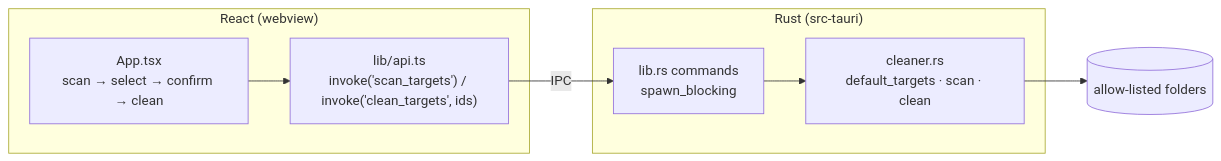
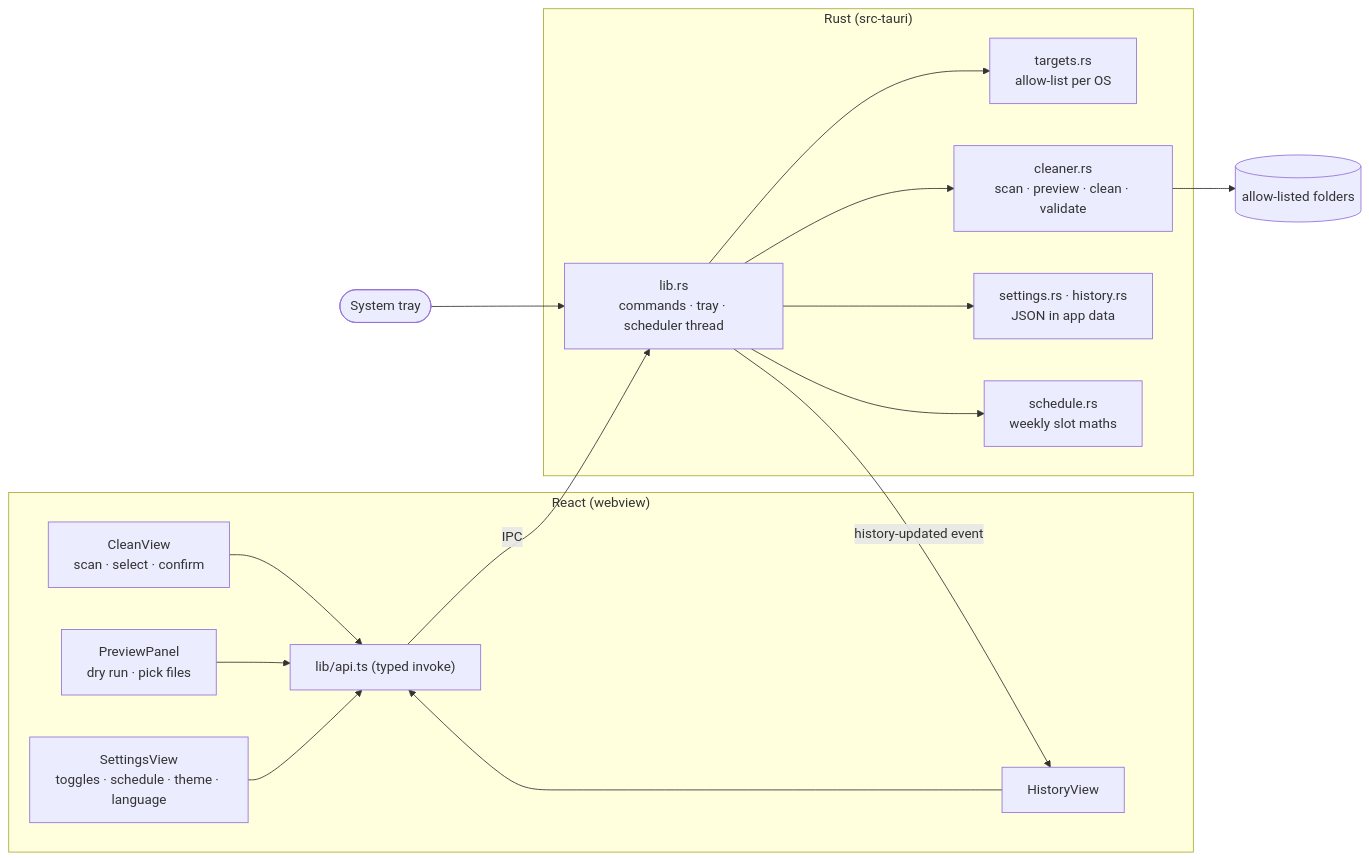
One commit to eshginfarzali/cleancraft_desktop_app changed the diagram in README.md. Above: the diagram before and after it, drawn with Mermaid. The commit also changed other lines of this file and 1 other file, not shown here.

Commit message:
docs: v0.2.0 README (allow-list per OS, safety rules, design decisions) and CHANGELOG

````diff
--- a/README.md
+++ b/README.md
@@ -59,14 +89,25 @@
 ```mermaid
 flowchart LR
   subgraph UI["React (webview)"]
-    App["App.tsx<br/>scan → select → confirm → clean"]
-    Api["lib/api.ts<br/>invoke('scan_targets') / invoke('clean_targets', ids)"]
+    Clean["CleanView<br/>scan · select · confirm"]
+    Preview["PreviewPanel<br/>dry run · pick files"]
+    History["HistoryView"]
+    SettingsUI["SettingsView<br/>toggles · schedule · theme · language"]
+    Api["lib/api.ts (typed invoke)"]
   end
   subgraph Rust["Rust (src-tauri)"]
-    Cmd["lib.rs commands<br/>spawn_blocking"]
-    Cleaner["cleaner.rs<br/>default_targets · scan · clean"]
+    Cmd["lib.rs<br/>commands · tray · scheduler thread"]
+    Targets["targets.rs<br/>allow-list per OS"]
+    Cleaner["cleaner.rs<br/>scan · preview · clean · validate"]
+    Store["settings.rs · history.rs<br/>JSON in app data"]
+    Sched["schedule.rs<br/>weekly slot maths"]
   end
   FS[("allow-listed folders")]
+  Tray(["System tray"])
 
-  App --> Api -- IPC --> Cmd --> Cleaner --> FS
+  Clean & Preview & History & SettingsUI --> Api -- IPC --> Cmd
+  Cmd --> Targets & Cleaner & Store & Sched
+  Cleaner --> FS
+  Tray --> Cmd
+  Cmd -- "history-updated event" --> History
 ```
````
